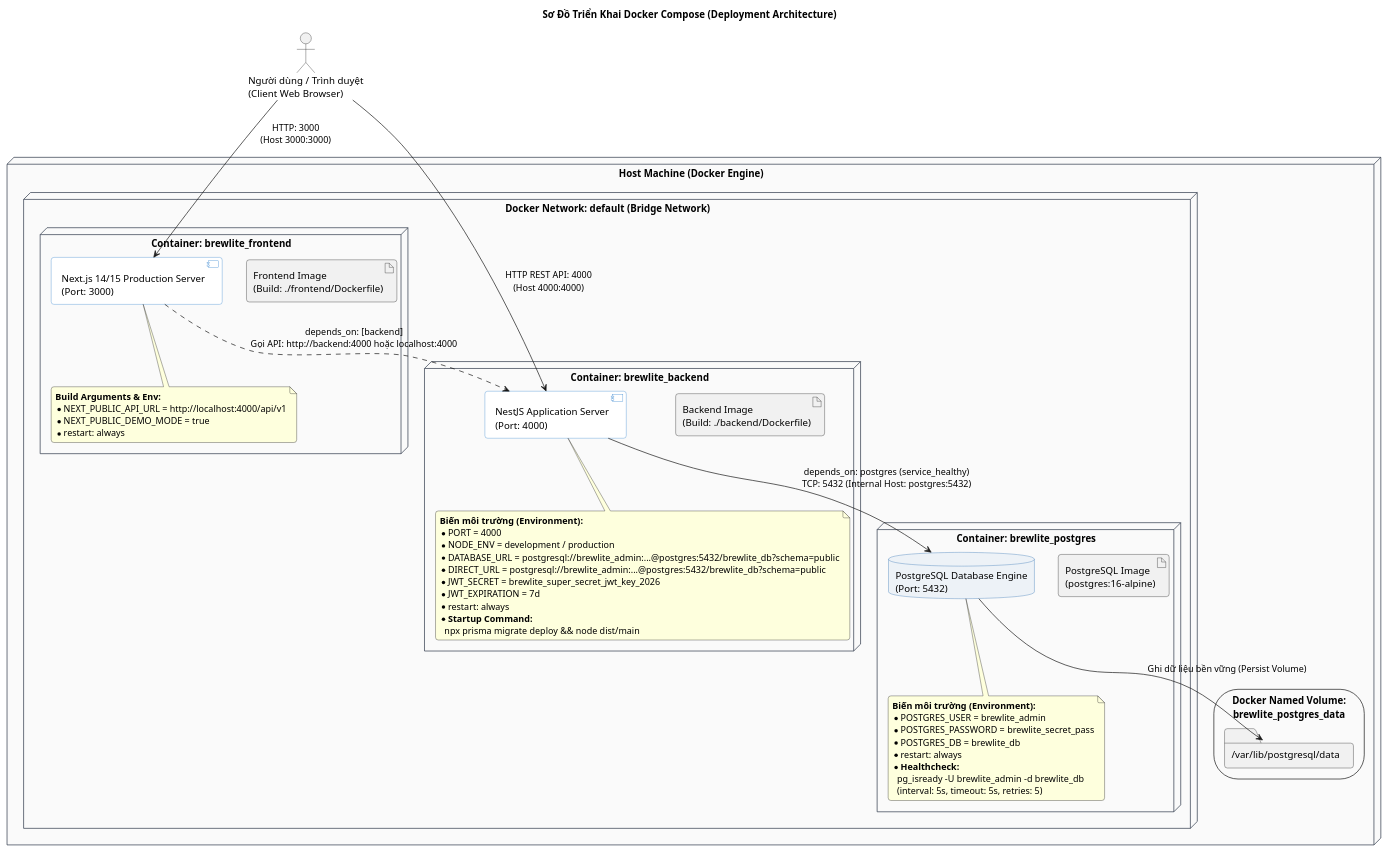
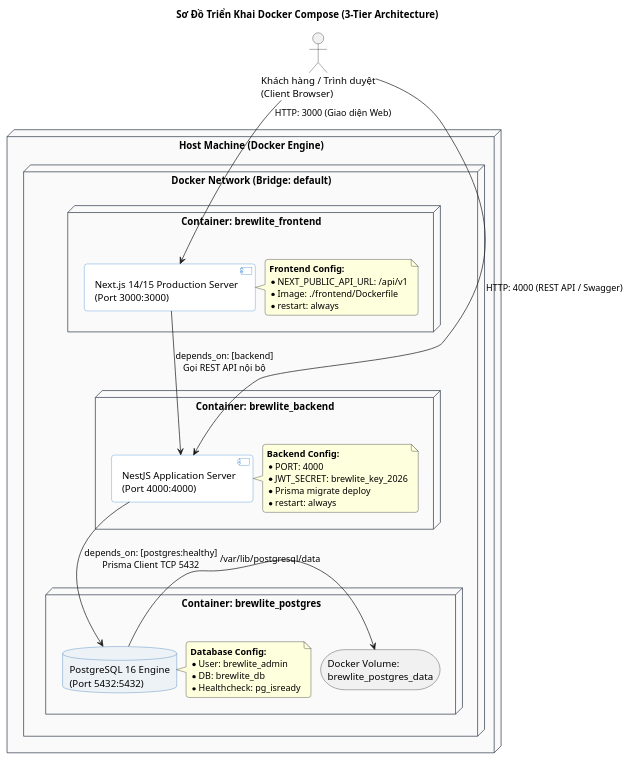
Before and after one commit to ChienPM-27/BrewLite_02: the diagram in docs/architecture/deployment-docker.puml, drawn with PlantUML. The commit also changed 178 other files, not shown here.

Commit message:
docs(report): optimize diagrams layout and swimlanes for latex compilation

```diff
--- a/docs/architecture/deployment-docker.puml
+++ b/docs/architecture/deployment-docker.puml
@@ -1,93 +1,77 @@
 @startuml deployment-docker
-title Sơ Đồ Triển Khai Docker Compose (Deployment Architecture)
+title Sơ Đồ Triển Khai Docker Compose (3-Tier Architecture)
 skinparam defaultFontName Arial
 skinparam shadowing false
 skinparam roundcorner 8
 skinparam packageStyle rectangle
+skinparam nodesep 14
+skinparam ranksep 16
 
 skinparam node {
     BackgroundColor #FAFAFA
     BorderColor #2D3748
 }
-
 skinparam component {
     BackgroundColor #FFFFFF
     BorderColor #3182CE
 }
-
 skinparam database {
     BackgroundColor #EDF2F7
     BorderColor #2B6CB0
 }
 
-actor "Người dùng / Trình duyệt\n(Client Web Browser)" as User
+actor "Khách hàng / Trình duyệt\n(Client Browser)" as User
 
 node "Host Machine (Docker Engine)" as Host {
-    
-    node "Docker Network: default (Bridge Network)" as Net {
+    node "Docker Network (Bridge: default)" as Net {
 
-        ' Container Frontend
+        ' Tier 1: Frontend
         node "Container: brewlite_frontend" as FrontendContainer {
-            artifact "Frontend Image\n(Build: ./frontend/Dockerfile)" as FE_Image
-            component "Next.js 14/15 Production Server\n(Port: 3000)" as NextServer
-            
-            note bottom of NextServer
-                **Build Arguments & Env:**
-                * NEXT_PUBLIC_API_URL = http://localhost:4000/api/v1
-                * NEXT_PUBLIC_DEMO_MODE = true
+            component "Next.js 14/15 Production Server\n(Port 3000:3000)" as NextServer
+            note right of NextServer
+                **Frontend Config:**
+                * NEXT_PUBLIC_API_URL: /api/v1
+                * Image: ./frontend/Dockerfile
                 * restart: always
             end note
         }
 
-        ' Container Backend
+        ' Tier 2: Backend
         node "Container: brewlite_backend" as BackendContainer {
-            artifact "Backend Image\n(Build: ./backend/Dockerfile)" as BE_Image
-            component "NestJS Application Server\n(Port: 4000)" as NestServer
-            
-            note bottom of NestServer
-                **Biến môi trường (Environment):**
-                * PORT = 4000
-                * NODE_ENV = development / production
-                * DATABASE_URL = postgresql://brewlite_admin:...@postgres:5432/brewlite_db?schema=public
-                * DIRECT_URL = postgresql://brewlite_admin:...@postgres:5432/brewlite_db?schema=public
-                * JWT_SECRET = brewlite_super_secret_jwt_key_2026
-                * JWT_EXPIRATION = 7d
+            component "NestJS Application Server\n(Port 4000:4000)" as NestServer
+            note right of NestServer
+                **Backend Config:**
+                * PORT: 4000
+                * JWT_SECRET: brewlite_key_2026
+                * Prisma migrate deploy
                 * restart: always
-                * **Startup Command:**
-                  npx prisma migrate deploy && node dist/main
             end note
         }
 
-        ' Container Postgres
+        ' Tier 3: Database
         node "Container: brewlite_postgres" as PostgresContainer {
-            artifact "PostgreSQL Image\n(postgres:16-alpine)" as PG_Image
-            database "PostgreSQL Database Engine\n(Port: 5432)" as PG_Engine
-            
-            note bottom of PG_Engine
-                **Biến môi trường (Environment):**
-                * POSTGRES_USER = brewlite_admin
-                * POSTGRES_PASSWORD = brewlite_secret_pass
-                * POSTGRES_DB = brewlite_db
-                * restart: always
-                * **Healthcheck:**
-                  pg_isready -U brewlite_admin -d brewlite_db
-                  (interval: 5s, timeout: 5s, retries: 5)
+            database "PostgreSQL 16 Engine\n(Port 5432:5432)" as PG_Engine
+            storage "Docker Volume:\nbrewlite_postgres_data" as PG_Vol
+            PG_Engine -right-> PG_Vol : /var/lib/postgresql/data
+            note right of PG_Engine
+                **Database Config:**
+                * User: brewlite_admin
+                * DB: brewlite_db
+                * Healthcheck: pg_isready
             end note
         }
     }
-
-    storage "Docker Named Volume:\nbrewlite_postgres_data" as PG_Vol {
-        folder "/var/lib/postgresql/data" as PG_Data
-    }
 }
 
-' Liên kết ánh xạ cổng từ Host vào Container
-User --> NextServer : HTTP: 3000\n(Host 3000:3000)
-User --> NestServer : HTTP REST API: 4000\n(Host 4000:4000)
+' External User access
+User --> NextServer : HTTP: 3000 (Giao diện Web)
+User --> NestServer : HTTP: 4000 (REST API / Swagger)
 
-' Quan hệ phụ thuộc và giao tiếp nội bộ giữa các container trong mạng Docker
-NextServer ..> NestServer : depends_on: [backend]\nGọi API: http://backend:4000 hoặc localhost:4000
-NestServer --> PG_Engine : depends_on: postgres (service_healthy)\nTCP: 5432 (Internal Host: postgres:5432)
-PG_Engine --> PG_Data : Ghi dữ liệu bền vững (Persist Volume)
+' Internal tier-to-tier connections
+NextServer -down-> NestServer : depends_on: [backend]\nGọi REST API nội bộ
+NestServer -down-> PG_Engine : depends_on: [postgres:healthy]\nPrisma Client TCP 5432
+
+FrontendContainer -[hidden]down-> BackendContainer
+BackendContainer -[hidden]down-> PostgresContainer
 
 @enduml
```
